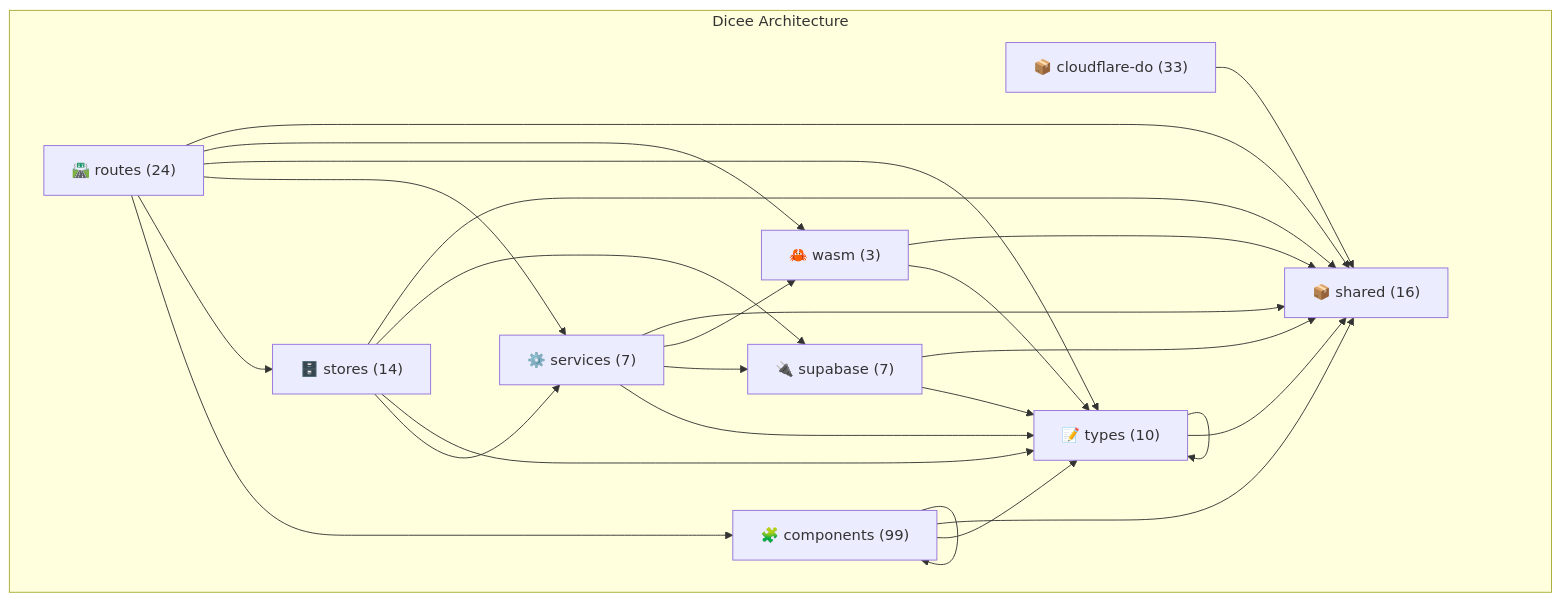
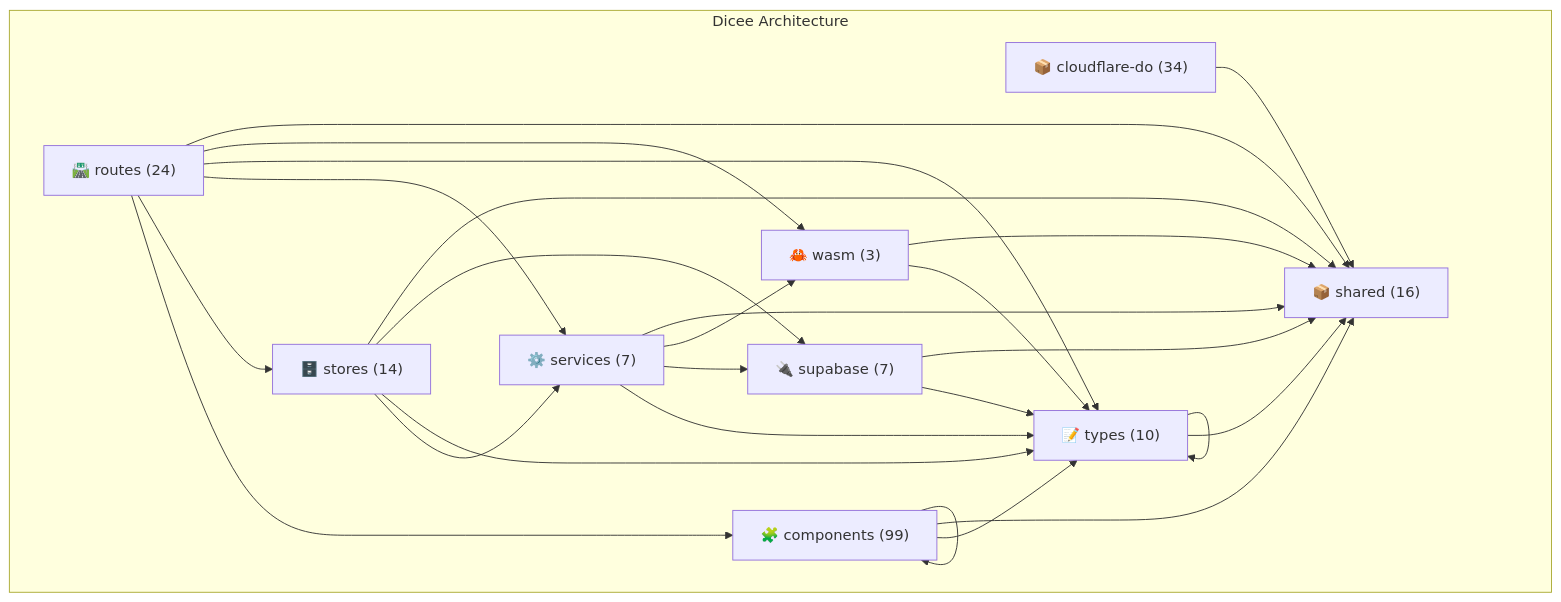
The diagram in docs/architecture/akg/diagrams/LAYER_ARCHITECTURE.md (verlyn13/dicee), drawn with Mermaid before and after one commit. The commit also changed other lines of this file and 15 other files, not shown here.

````diff
--- a/docs/architecture/akg/diagrams/LAYER_ARCHITECTURE.md
+++ b/docs/architecture/akg/diagrams/LAYER_ARCHITECTURE.md
@@ -16,39 +16,39 @@
 ```mermaid
 flowchart TB
     subgraph "Dicee Architecture"
         shared["📦 shared (16)"]
-        cloudflare_do["📦 cloudflare-do (33)"]
+        cloudflare_do["📦 cloudflare-do (34)"]
         routes["🛣️ routes (24)"]
         components["🧩 components (99)"]
         stores["🗄️ stores (14)"]
         services["⚙️ services (7)"]
         types["📝 types (10)"]
         supabase["🔌 supabase (7)"]
         wasm["🦀 wasm (3)"]
     end
 
     cloudflare_do --> shared
     routes --> components
     routes --> stores
     routes --> services
     routes --> types
     routes --> wasm
     routes --> shared
     components --> components
     components --> types
     components --> shared
     stores --> services
     stores --> types
     stores --> supabase
     stores --> shared
     services --> types
     services --> supabase
     services --> wasm
     services --> shared
     types --> types
     types --> shared
     supabase --> types
     supabase --> shared
     wasm --> types
     wasm --> shared
 ```
````
